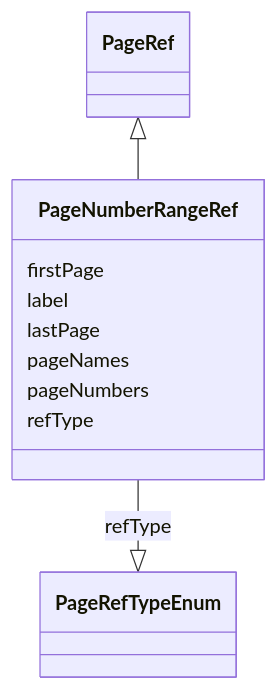
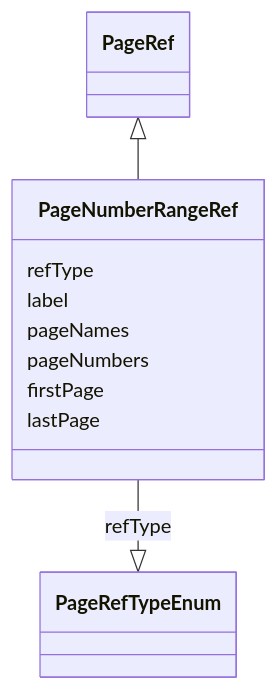
One commit to cdisc-org/analysis-results-standard changed the diagram in project/docs/PageNumberRangeRef.md. Above: the diagram before and after it, drawn with Mermaid. The commit also changed other lines of this file and 192 other files, not shown here.

````diff
--- a/project/docs/PageNumberRangeRef.md
+++ b/project/docs/PageNumberRangeRef.md
@@ -15,21 +13,14 @@
 ```mermaid
  classDiagram
     class PageNumberRangeRef
       PageRef <|-- PageNumberRangeRef
-      
-      PageNumberRangeRef : firstPage
+
+      PageNumberRangeRef : refType
+        PageNumberRangeRef --|> PageRefTypeEnum : refType
+        PageNumberRangeRef : label
+        PageNumberRangeRef : pageNames
+        PageNumberRangeRef : pageNumbers
+        PageNumberRangeRef : firstPage
+        PageNumberRangeRef : lastPage
         
-      PageNumberRangeRef : label
-        
-      PageNumberRangeRef : lastPage
-        
-      PageNumberRangeRef : pageNames
-        
-      PageNumberRangeRef : pageNumbers
-        
-      PageNumberRangeRef : refType
-        
-          PageNumberRangeRef --|> PageRefTypeEnum : refType
-        
-      
 ```
````
